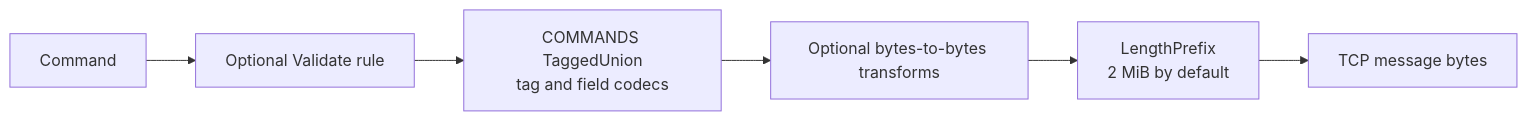
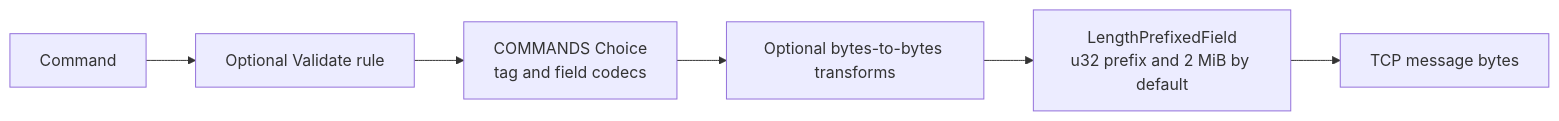
The sixth of 6 diagrams in README.md (gchape/velis), drawn with Mermaid before and after one commit. The commit also changed other lines of this file and 29 other files, not shown here.

First line of the commit message:
refactor(codec)!: split value, field and record codecs

````diff
--- a/README.md
+++ b/README.md
@@ -516,8 +522,8 @@
 ```mermaid
 flowchart LR
     command["Command"] --> rule["Optional Validate rule"]
-    rule --> body["COMMANDS TaggedUnion<br/>tag and field codecs"]
+    rule --> body["COMMANDS Choice<br/>tag and field codecs"]
     body --> transform["Optional bytes-to-bytes transforms"]
-    transform --> framing["LengthPrefix<br/>2 MiB by default"]
+    transform --> framing["LengthPrefixedField<br/>u32 prefix and 2 MiB by default"]
     framing --> tcp["TCP message bytes"]
 ```
````
